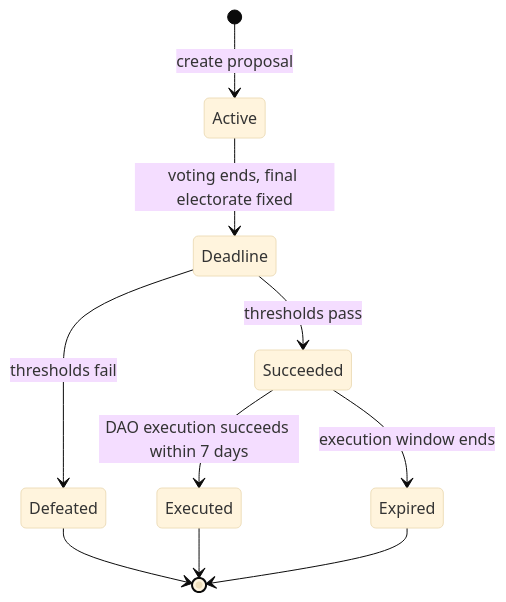
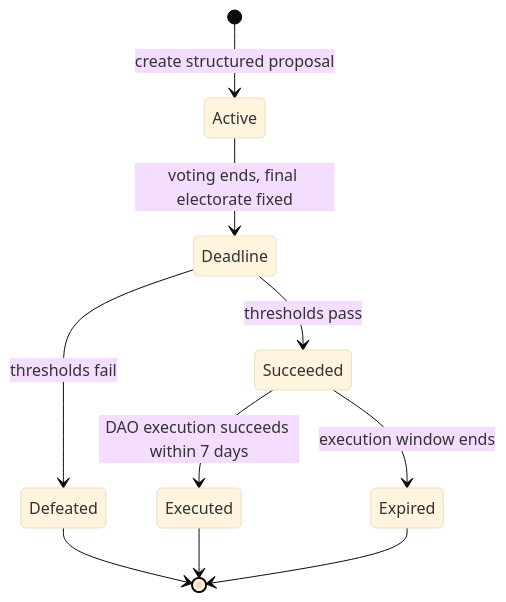
The diagram in docs/governance-flow.md (LaborCoinCreator/LaborCoin), drawn with Mermaid (base theme) before and after one commit. The commit also changed other lines of this file and 26 other files, not shown here.

````diff
--- a/docs/governance-flow.md
+++ b/docs/governance-flow.md
@@ -27,12 +49,12 @@
 ```mermaid
 stateDiagram-v2
-    [*] --> Active: create proposal
+    [*] --> Active: create structured proposal
     Active --> Deadline: voting ends, final electorate fixed
     Deadline --> Defeated: thresholds fail
     Deadline --> Succeeded: thresholds pass
     Succeeded --> Executed: DAO execution succeeds within 7 days
     Succeeded --> Expired: execution window ends
     Executed --> [*]
     Defeated --> [*]
     Expired --> [*]
 ```
````
